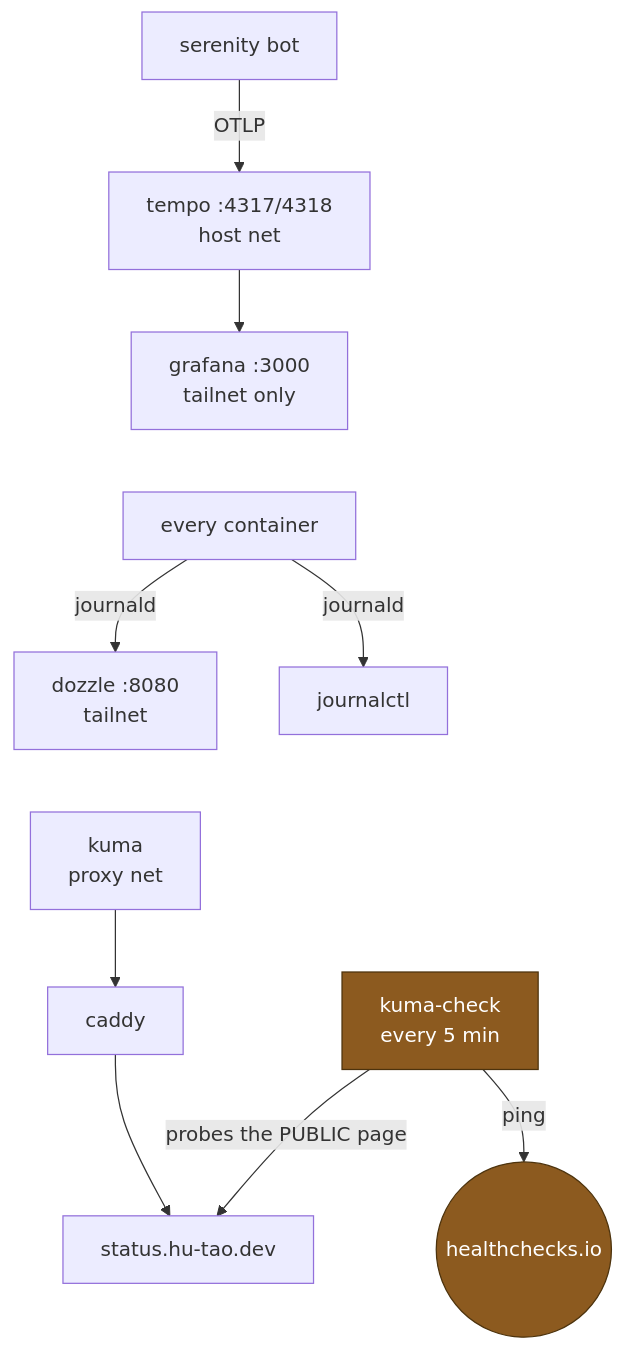
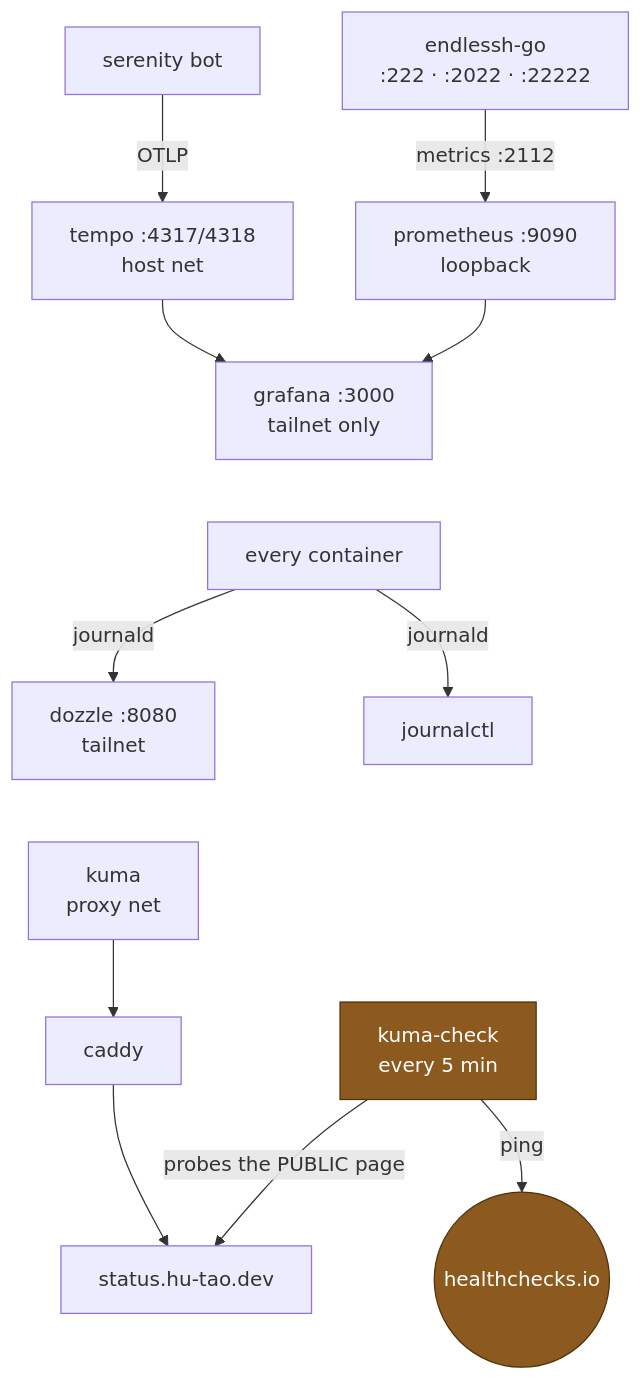
One commit to 1Git2Clone/vps changed the diagram in docs/src/architecture/observability.md. Above: the diagram before and after it, drawn with Mermaid. The commit also changed other lines of this file and 9 other files, not shown here.

````diff
--- a/docs/src/architecture/observability.md
+++ b/docs/src/architecture/observability.md
@@ -3,17 +3,20 @@
 ```mermaid
 flowchart TB
     bot["serenity bot"] -- OTLP --> tempo["tempo :4317/4318<br/>host net"]
     tempo --> graf["grafana :3000<br/>tailnet only"]
 
     graf ~~~ cont
     cont["every container"] -- journald --> doz["dozzle :8080<br/>tailnet"]
     cont -- journald --> jctl["journalctl"]
 
+    tarpit["endlessh-go<br/>:222 · :2022 · :22222"] -- "metrics :2112" --> prom["prometheus :9090<br/>loopback"]
+    prom --> graf
+
     doz ~~~ kuma
     kuma["kuma<br/>proxy net"] --> cad["caddy"] --> status["status.hu-tao.dev"]
     check["kuma-check<br/>every 5 min"] -- "probes the PUBLIC page" --> status
     check -- ping --> hc(("healthchecks.io"))
 
     classDef alert fill:#8c5a1f,stroke:#4d330d,color:#fff
     class check,hc alert
 ```
````
